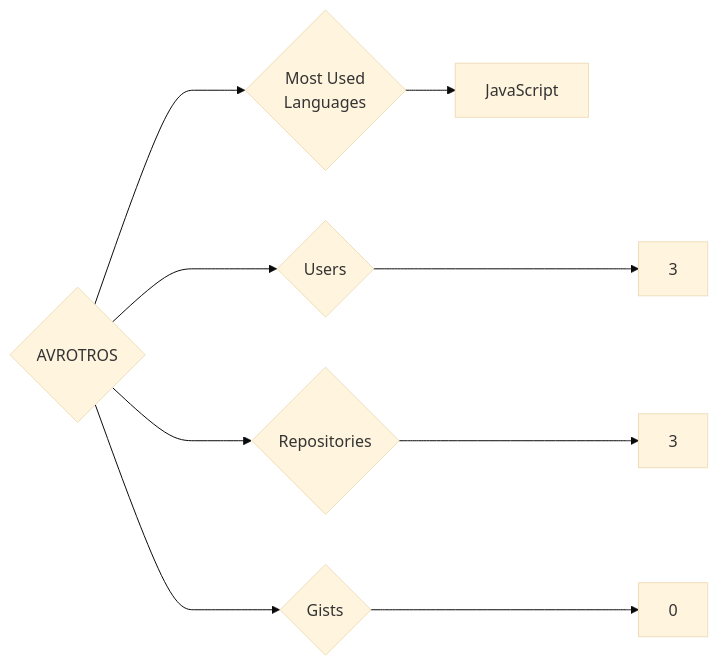
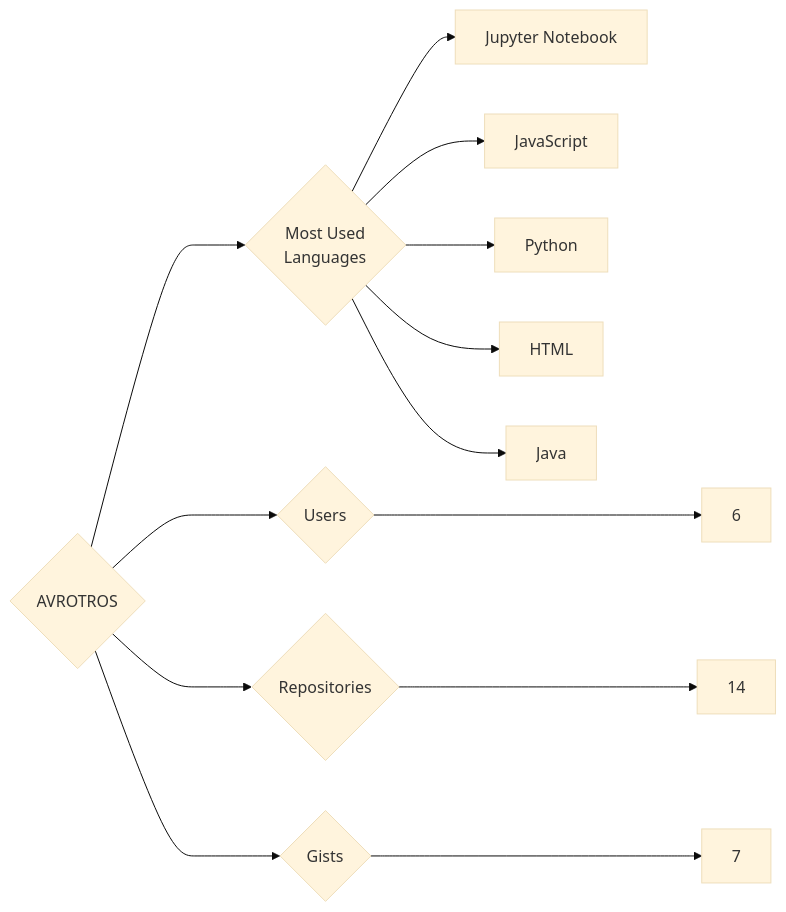
One commit to trickest/insiders changed the diagram in targets/AVROTROS/README.md. Above: the diagram before and after it, drawn with Mermaid (base theme). The commit also changed 932 other files, not shown here.

````diff
--- a/targets/AVROTROS/README.md
+++ b/targets/AVROTROS/README.md
@@ -3,9 +3,13 @@
 ```mermaid
 graph LR
 COMPANY_NAME{AVROTROS}
-COMPANY_NAME ---> U{Users} ---> UN[3]
-COMPANY_NAME ---> R{Repositories} ---> RN[3]
-COMPANY_NAME ---> G{Gists} ---> GN[0]
+COMPANY_NAME ---> U{Users} ---> UN[6]
+COMPANY_NAME ---> R{Repositories} ---> RN[14]
+COMPANY_NAME ---> G{Gists} ---> GN[7]
 COMPANY_NAME ---> ML{Most Used<br>Languages}
+ML --> Jupyter_Notebook[Jupyter Notebook]
 ML --> JavaScript[JavaScript]
+ML --> Python[Python]
+ML --> HTML[HTML]
+ML --> Java[Java]
 ```
````
